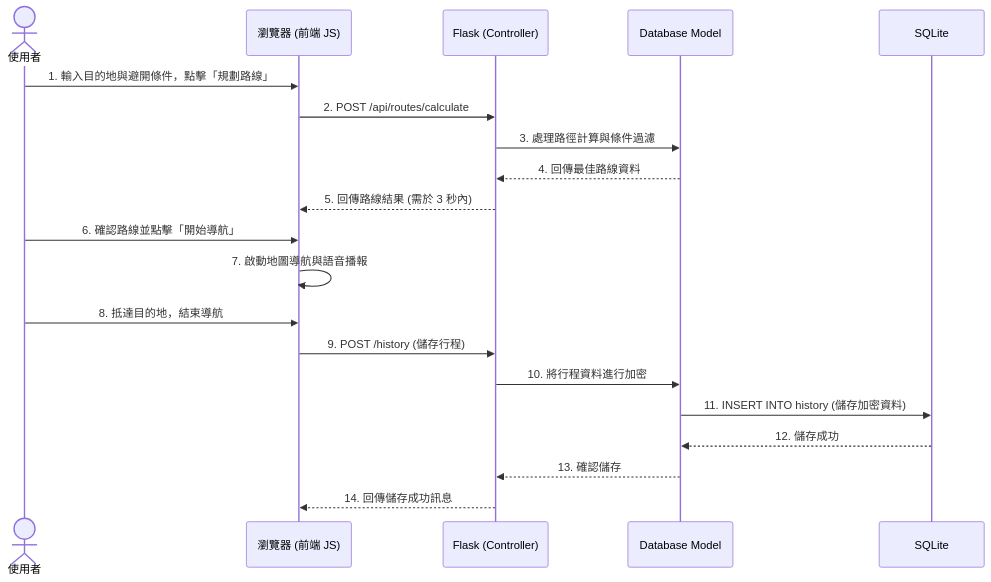
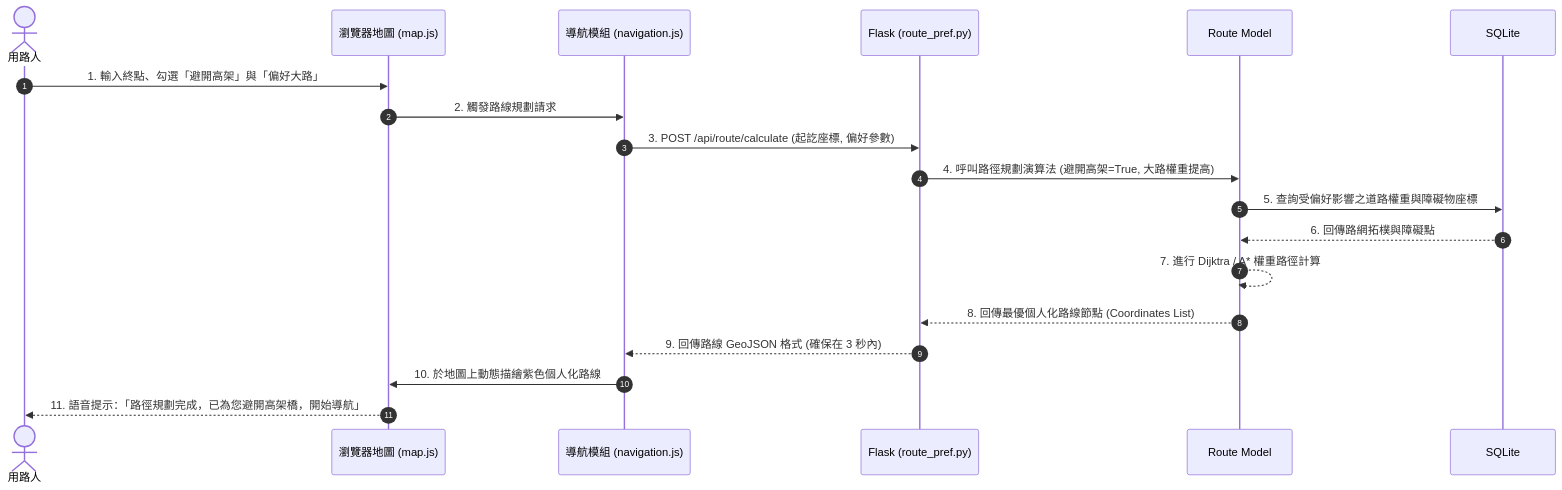
The second of 3 diagrams in docs/FLOWCHART.md (tela1111222-spec/googlemaps), drawn with Mermaid before and after one commit. The commit also changed other lines of this file, not shown here.

Commit message:
docs: add user flowchart

````diff
--- a/docs/FLOWCHART.md
+++ b/docs/FLOWCHART.md
@@ -34,25 +70,22 @@
 ```mermaid
 sequenceDiagram
-    actor User as 使用者
-    participant Browser as 瀏覽器 (前端 JS)
-    participant Flask as Flask (Controller)
-    participant Model as Database Model
+    autonumber
+    actor User as 用路人
+    participant UI as 瀏覽器地圖 (map.js)
+    participant NavJS as 導航模組 (navigation.js)
+    participant Flask as Flask (route_pref.py)
+    participant Model as Route Model
     participant DB as SQLite
-
-    User->>Browser: 1. 輸入目的地與避開條件，點擊「規劃路線」
-    Browser->>Flask: 2. POST /api/routes/calculate
-    Flask->>Model: 3. 處理路徑計算與條件過濾
-    Model-->>Flask: 4. 回傳最佳路線資料
-    Flask-->>Browser: 5. 回傳路線結果 (需於 3 秒內)
     
-    User->>Browser: 6. 確認路線並點擊「開始導航」
-    Browser->>Browser: 7. 啟動地圖導航與語音播報
-    
-    User->>Browser: 8. 抵達目的地，結束導航
-    Browser->>Flask: 9. POST /history (儲存行程)
-    Flask->>Model: 10. 將行程資料進行加密
-    Model->>DB: 11. INSERT INTO history (儲存加密資料)
-    DB-->>Model: 12. 儲存成功
-    Model-->>Flask: 13. 確認儲存
-    Flask-->>Browser: 14. 回傳儲存成功訊息
+    User->>UI: 1. 輸入終點、勾選「避開高架」與「偏好大路」
+    UI->>NavJS: 2. 觸發路線規劃請求
+    NavJS->>Flask: 3. POST /api/route/calculate (起訖座標, 偏好參數)
+    Flask->>Model: 4. 呼叫路徑規劃演算法 (避開高架=True, 大路權重提高)
+    Model->>DB: 5. 查詢受偏好影響之道路權重與障礙物座標
+    DB-->>Model: 6. 回傳路網拓樸與障礙點
+    Model-->>Model: 7. 進行 Dijktra / A* 權重路徑計算
+    Model-->>Flask: 8. 回傳最優個人化路線節點 (Coordinates List)
+    Flask-->>NavJS: 9. 回傳路線 GeoJSON 格式 (確保在 3 秒內)
+    NavJS->>UI: 10. 於地圖上動態描繪紫色個人化路線
+    UI-->>User: 11. 語音提示：「路徑規劃完成，已為您避開高架橋，開始導航」
 ```
````
